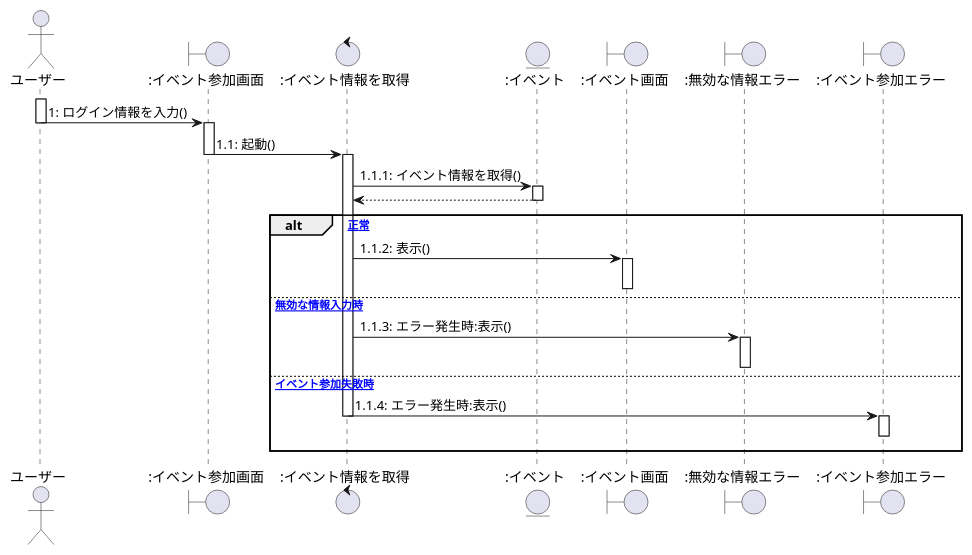
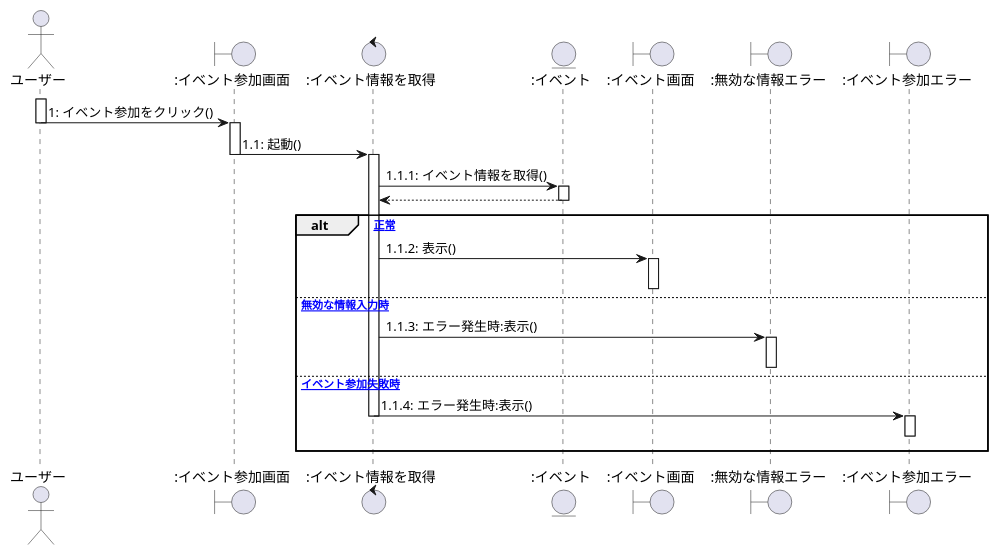
One commit to ksw2270227/GroupF changed the sixth of 7 diagrams in user1_sequence.plantuml. Above: the diagram before and after it, drawn with PlantUML.

Commit message:
おがわ

```diff
--- a/user1_sequence.plantuml
+++ b/user1_sequence.plantuml
@@ -191,38 +191,38 @@
 @startuml イベント参加シーケンス図
 
 actor ユーザー as 0
 Boundary ":イベント参加画面" as a
 Control ":イベント情報を取得" as b
 Entity ":イベント" as c
 Boundary ":イベント画面" as d
 Boundary ":無効な情報エラー" as e
 Boundary ":イベント参加エラー" as f
 
 activate 0
-    0 -> a :1: ログイン情報を入力()
+    0 -> a :1: イベント参加をクリック()
 deactivate 0
 activate a
     a -> b :1.1: 起動()
 deactivate a
 activate b
     b -> c :1.1.1: イベント情報を取得()
 activate c
     b <-- c
 deactivate c
 alt [正常]
     b -> d :1.1.2: 表示()
 activate d
 deactivate d
 else [無効な情報入力時]
     b -> e :1.1.3: エラー発生時:表示()
 activate e
 deactivate e
 else [イベント参加失敗時]
     b -> f :1.1.4: エラー発生時:表示()
 deactivate b
 activate f
 f -[hidden]-> f
 deactivate f
 end
 
 @enduml
```
